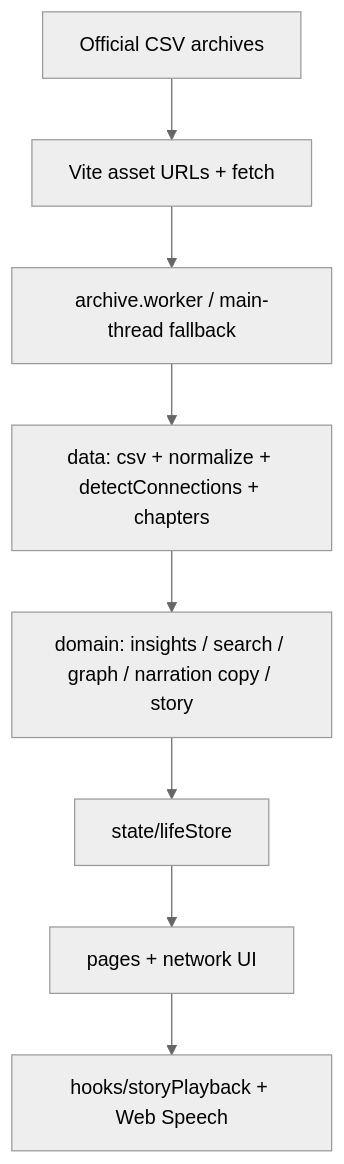
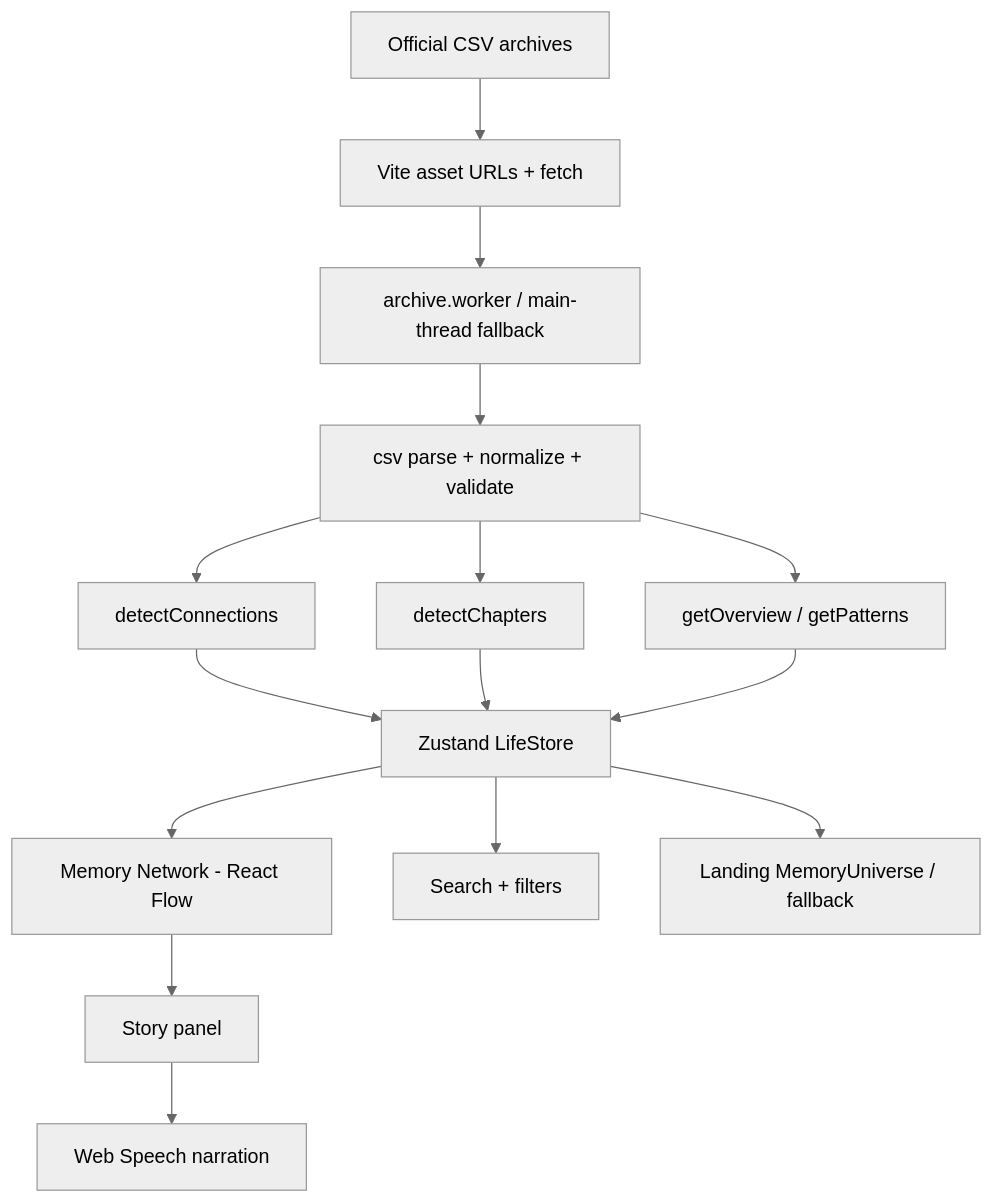
Before and after one commit to 9124205085-art/Frontend_Arena: the diagram in README.md, drawn with Mermaid (neutral theme). The commit also changed other lines of this file and 61 other files, not shown here.

````diff
--- a/README.md
+++ b/README.md
@@ -127,17 +125,29 @@
 ```mermaid
 flowchart TD
     CSV[Official CSV archives]
     Fetch[Vite asset URLs + fetch]
     Worker[archive.worker / main-thread fallback]
-    Data[data: csv + normalize + detectConnections + chapters]
-    Domain[domain: insights / search / graph / narration copy / story]
-    Store[state/lifeStore]
-    UI[pages + network UI]
-    Voice[hooks/storyPlayback + Web Speech]
+    Norm[csv parse + normalize + validate]
+    Rel[detectConnections]
+    Ch[detectChapters]
+    Ins[getOverview / getPatterns]
+    Store[Zustand LifeStore]
+    Net[Memory Network - React Flow]
+    Panel[Story panel]
+    Voice[Web Speech narration]
+    Search[Search + filters]
+    Land[Landing MemoryUniverse / fallback]
 
-    CSV --> Fetch --> Worker --> Data
-    Data --> Domain
-    Domain --> Store
-    Store --> UI
-    UI --> Voice
+    CSV --> Fetch --> Worker --> Norm
+    Norm --> Rel
+    Norm --> Ch
+    Norm --> Ins
+    Rel --> Store
+    Ch --> Store
+    Ins --> Store
+    Store --> Net
+    Store --> Search
+    Store --> Land
+    Net --> Panel
+    Panel --> Voice
 ```
````
